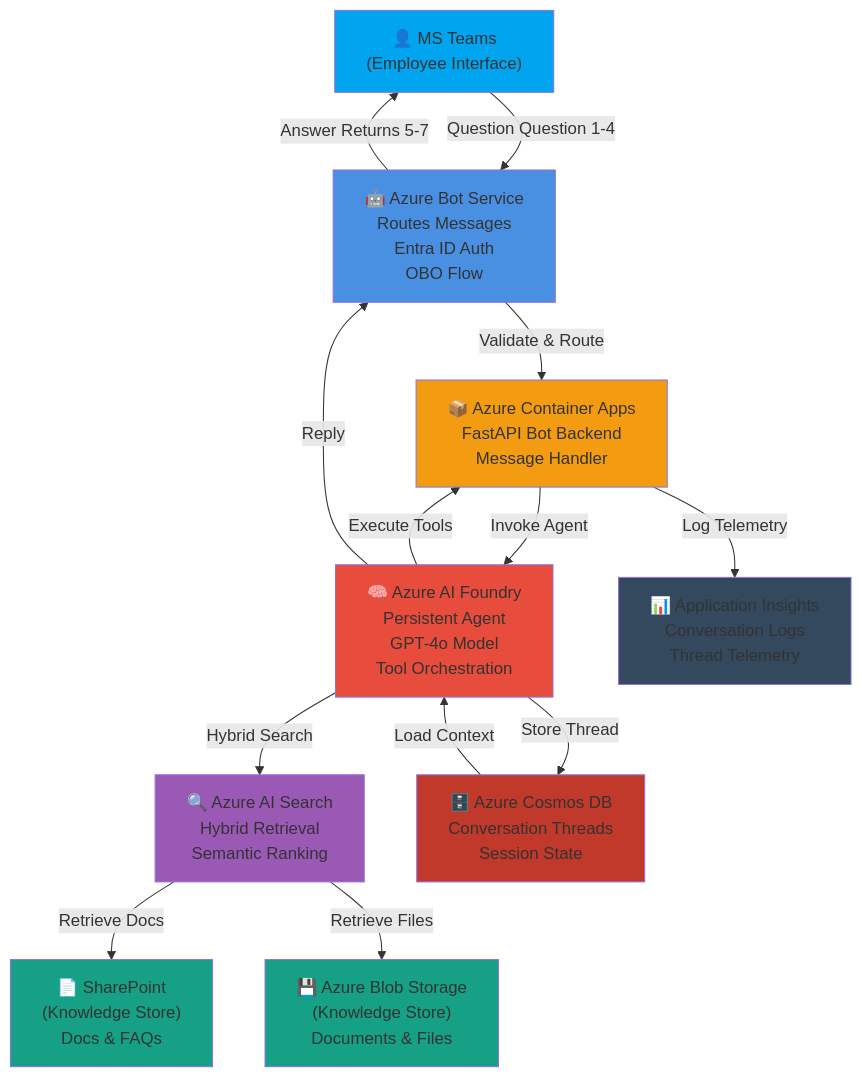
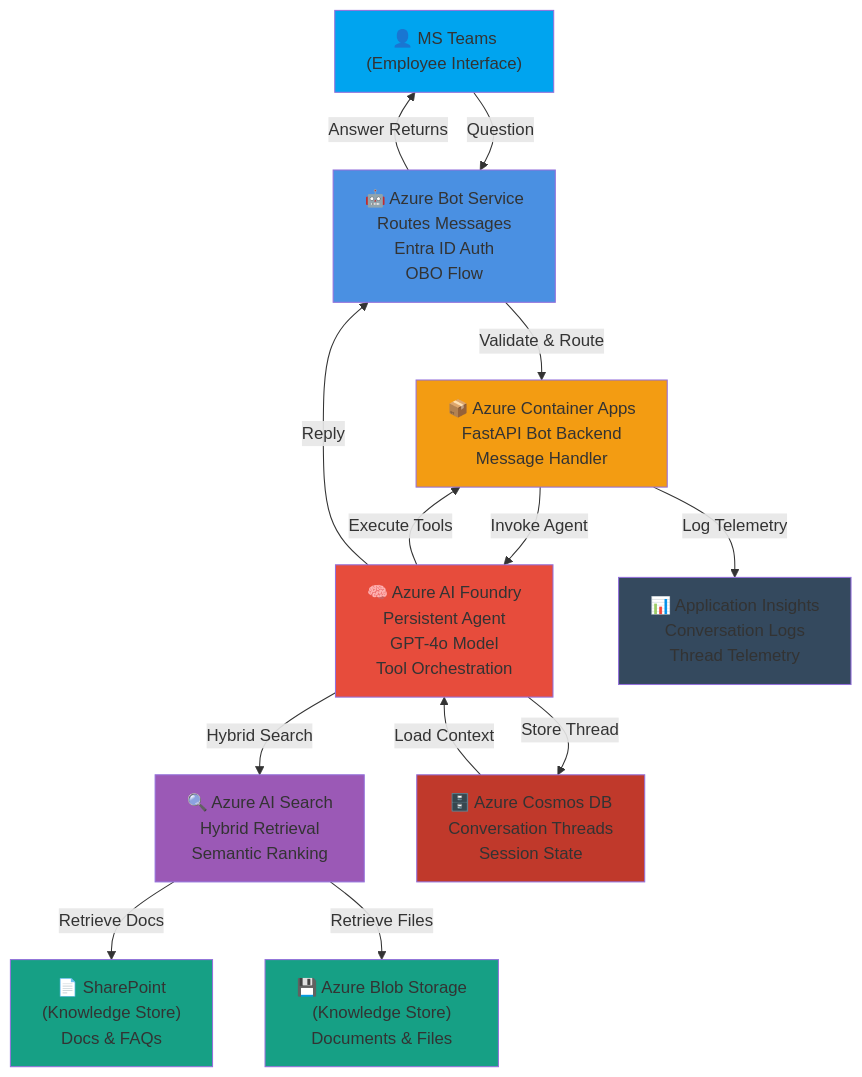
One commit to gabycb/rag-sample-copy changed the first of 3 diagrams in README.md. Above: the diagram before and after it, drawn with Mermaid.

Commit message:
Fix question format in README diagram

````diff
--- a/README.md
+++ b/README.md
@@ -11,36 +11,36 @@
 ```mermaid
 graph TB
     Teams["👤 MS Teams<br/>(Employee Interface)"]
     BotService["🤖 Azure Bot Service<br/>Routes Messages<br/>Entra ID Auth<br/>OBO Flow"]
     Container["📦 Azure Container Apps<br/>FastAPI Bot Backend<br/>Message Handler"]
     AIFoundry["🧠 Azure AI Foundry<br/>Persistent Agent<br/>GPT-4o Model<br/>Tool Orchestration"]
     AISearch["🔍 Azure AI Search<br/>Hybrid Retrieval<br/>Semantic Ranking"]
     
     SharePoint["📄 SharePoint<br/>(Knowledge Store)<br/>Docs & FAQs"]
     BlobStorage["💾 Azure Blob Storage<br/>(Knowledge Store)<br/>Documents & Files"]
     CosmosDB["🗄️ Azure Cosmos DB<br/>Conversation Threads<br/>Session State"]
     Telemetry["📊 Application Insights<br/>Conversation Logs<br/>Thread Telemetry"]
     
-    Teams -->|Question Question 1-4| BotService
+    Teams -->|Question| BotService
     BotService -->|Validate & Route| Container
     Container -->|Invoke Agent| AIFoundry
     AIFoundry -->|Execute Tools| Container
     AIFoundry -->|Hybrid Search| AISearch
     AISearch -->|Retrieve Docs| SharePoint
     AISearch -->|Retrieve Files| BlobStorage
     AIFoundry -->|Store Thread| CosmosDB
     Container -->|Log Telemetry| Telemetry
     AIFoundry -->|Reply| BotService
-    BotService -->|Answer Returns 5-7| Teams
+    BotService -->|Answer Returns| Teams
     CosmosDB -->|Load Context| AIFoundry
     
     style Teams fill:#00a4ef
     style BotService fill:#4a90e2
     style Container fill:#f39c12
     style AIFoundry fill:#e74c3c
     style AISearch fill:#9b59b6
     style SharePoint fill:#16a085
     style BlobStorage fill:#16a085
     style CosmosDB fill:#c0392b
     style Telemetry fill:#34495e
 ```
````
